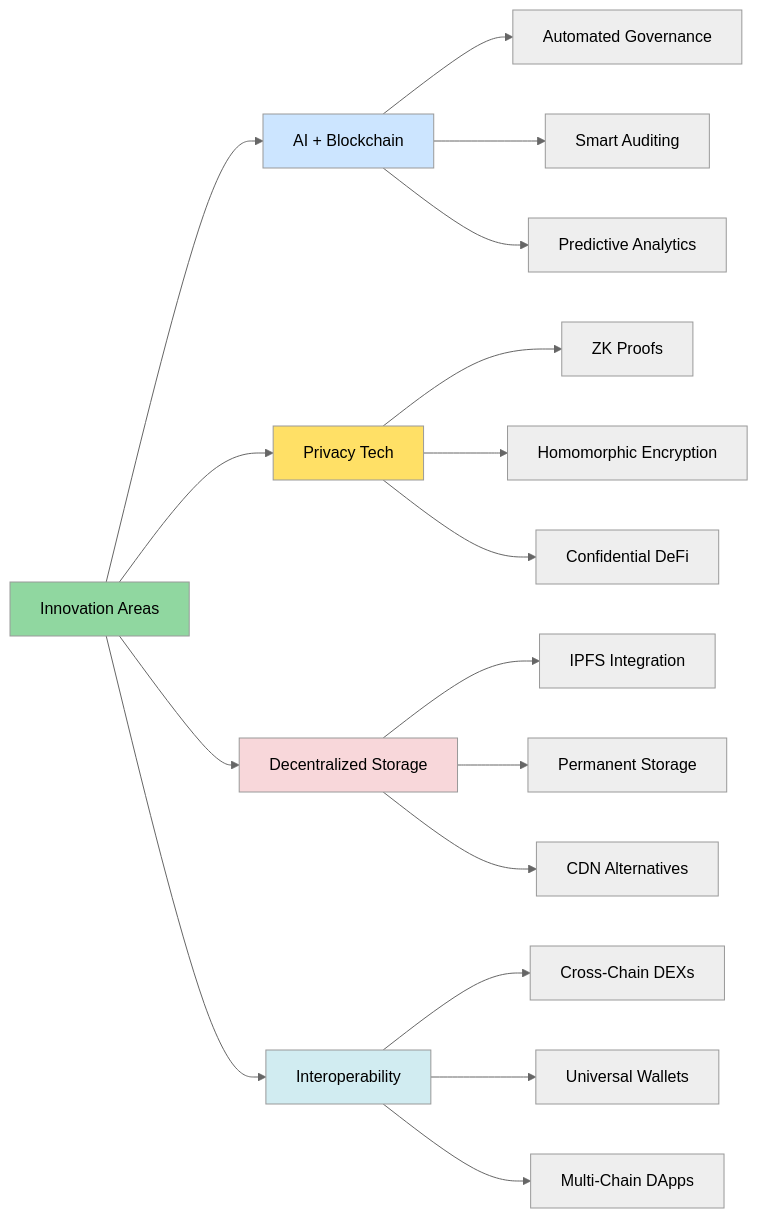
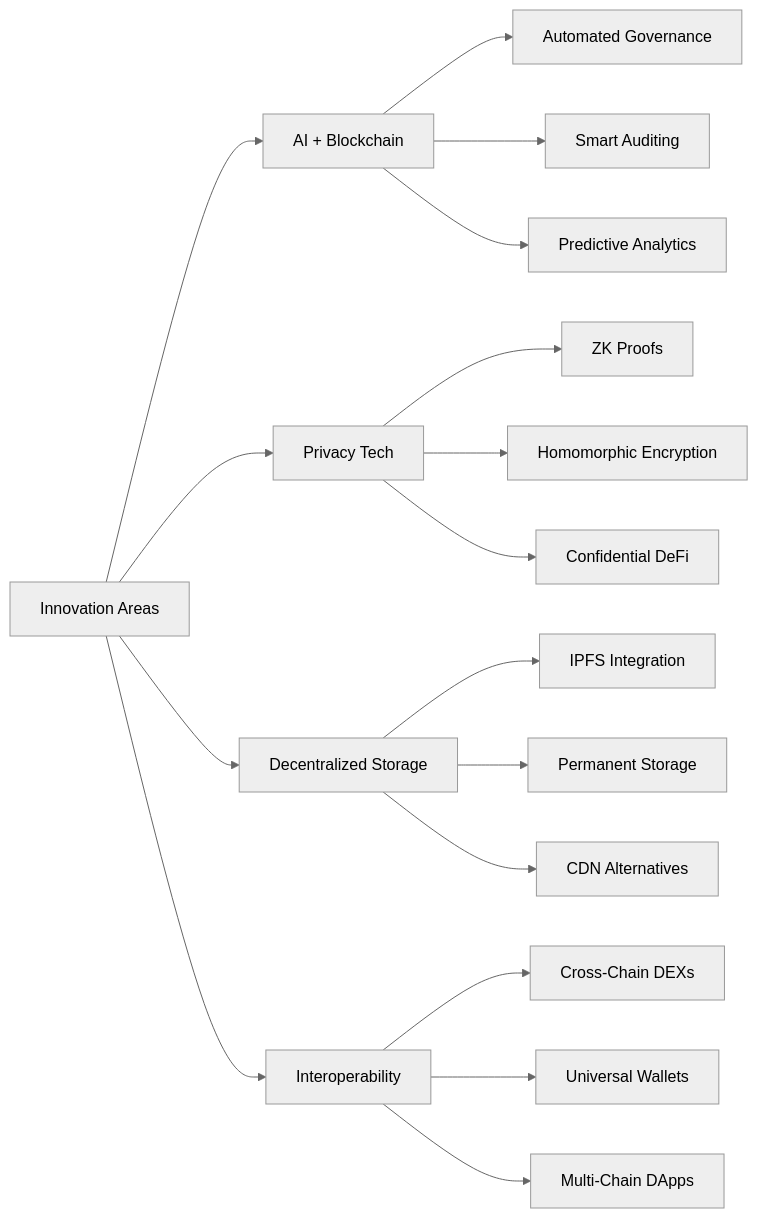
One commit to ljg-cqu/knowledge changed the tenth of 23 diagrams in Industry/Blockchain/Blockchain/ValueChain/QA_MistralAI.md. Above: the diagram before and after it, drawn with Mermaid (neutral theme). The commit also changed other lines of this file, not shown here.

Commit message:
Enhance value chain analysis in QA_MistralAI.md by refining flow diagrams and adding key characteristics. Improved clarity on capital cycles, fee flows, and governance mechanisms to better illustrate stakeholder interactions and regulatory impacts.

````diff
--- a/Industry/Blockchain/Blockchain/ValueChain/QA_MistralAI.md
+++ b/Industry/Blockchain/Blockchain/ValueChain/QA_MistralAI.md
@@ -790,29 +790,24 @@
 ```mermaid
 graph LR
     A[Innovation Areas] --> B[AI + Blockchain]
     A --> C[Privacy Tech]
     A --> D[Decentralized Storage]
     A --> E[Interoperability]
     
     B --> B1[Automated Governance]
     B --> B2[Smart Auditing]
     B --> B3[Predictive Analytics]
     
     C --> C1[ZK Proofs]
     C --> C2[Homomorphic Encryption]
     C --> C3[Confidential DeFi]
     
     D --> D1[IPFS Integration]
     D --> D2[Permanent Storage]
     D --> D3[CDN Alternatives]
     
     E --> E1[Cross-Chain DEXs]
     E --> E2[Universal Wallets]
     E --> E3[Multi-Chain DApps]
     
-    style A fill:#90d7a0
-    style B fill:#cce5ff
-    style C fill:#ffe066
-    style D fill:#f8d7da
-    style E fill:#d1ecf1
 ```
````
